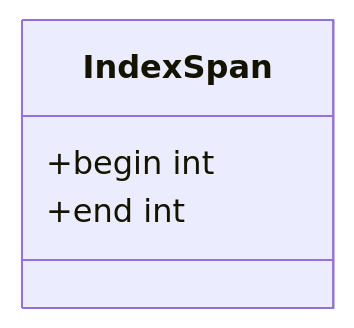
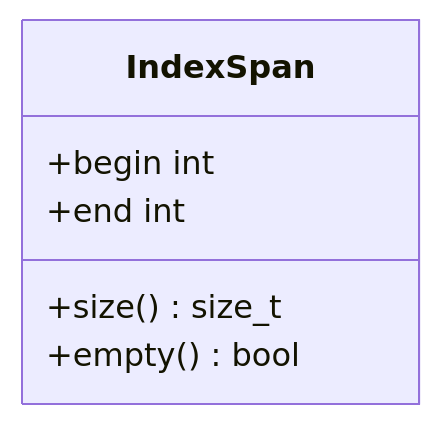
One commit to ufal/linpipe changed the second of 4 diagrams in docs/src/dev/segmentation_tokenization.md. Above: the diagram before and after it, drawn with Mermaid. The commit also changed other lines of this file, not shown here.

````diff
--- a/docs/src/dev/segmentation_tokenization.md
+++ b/docs/src/dev/segmentation_tokenization.md
@@ -50,7 +50,9 @@
 ```mermaid
 classDiagram
     class IndexSpan {
         +begin int
         +end int
+        +size() size_t
+        +empty() bool
     }
 ```
````
